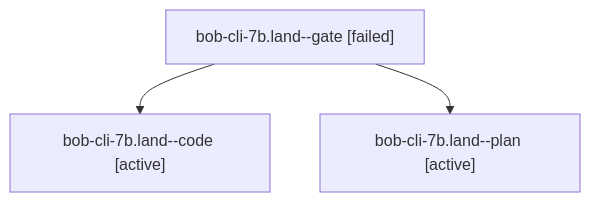
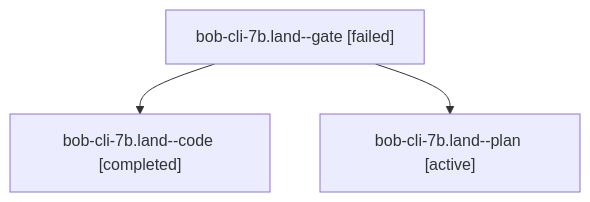
Before and after one commit to bobs-org/bob-cli--agents: the diagram in sessions/bbugyi200.apollo.bob-cli-7b.land.md, drawn with Mermaid. The commit also changed other lines of this file and 16 other files, not shown here.

````diff
--- a/sessions/bbugyi200.apollo.bob-cli-7b.land.md
+++ b/sessions/bbugyi200.apollo.bob-cli-7b.land.md
@@ -9,8 +9,8 @@
 ```mermaid
 flowchart TD
   n0["bob-cli-7b.land--gate [failed]"]
-  n1["bob-cli-7b.land--code [active]"]
+  n1["bob-cli-7b.land--code [completed]"]
   n0 --> n1
   n2["bob-cli-7b.land--plan [active]"]
   n0 --> n2
 ```
````
